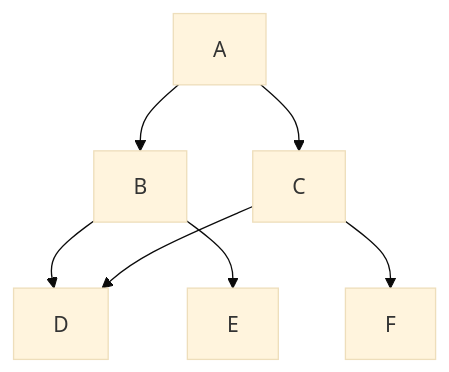
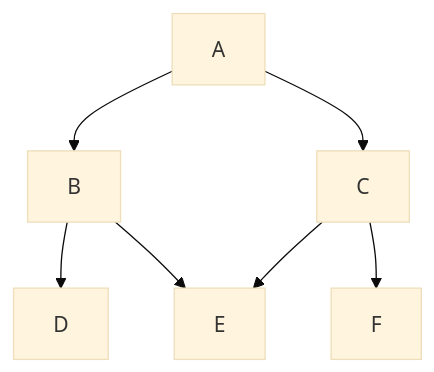
One commit to MichelDeudon/formations changed the diagram in content/en/p/soutien-scolaire-maths-montpellier/index.md. Above: the diagram before and after it, drawn with Mermaid (base theme). The commit also changed other lines of this file and 1 other file, not shown here.

````diff
--- a/content/en/p/soutien-scolaire-maths-montpellier/index.md
+++ b/content/en/p/soutien-scolaire-maths-montpellier/index.md
@@ -79,9 +79,9 @@
 ```mermaid
 graph TD;
   A-->B;
   A-->C;
   B-->D;
   B-->E;
-  C-->D;
+  C-->E;
   C-->F;
 ```
````
